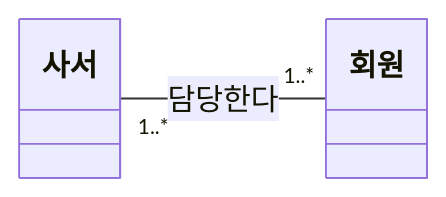
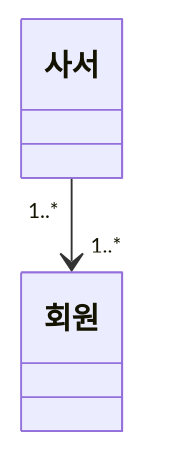
The eighth of 30 diagrams in content/ch01.md (Dori-Develop/EIPStudy), drawn with Mermaid before and after one commit. The commit also changed other lines of this file and 4 other files, not shown here.

````diff
--- a/content/ch01.md
+++ b/content/ch01.md
@@ -551,5 +551,4 @@
 ```mermaid
 classDiagram
-    direction LR
-    사서 "1..*" -- "1..*" 회원 : 담당한다
+    사서 "1..*" --> "1..*" 회원
 ```
````
